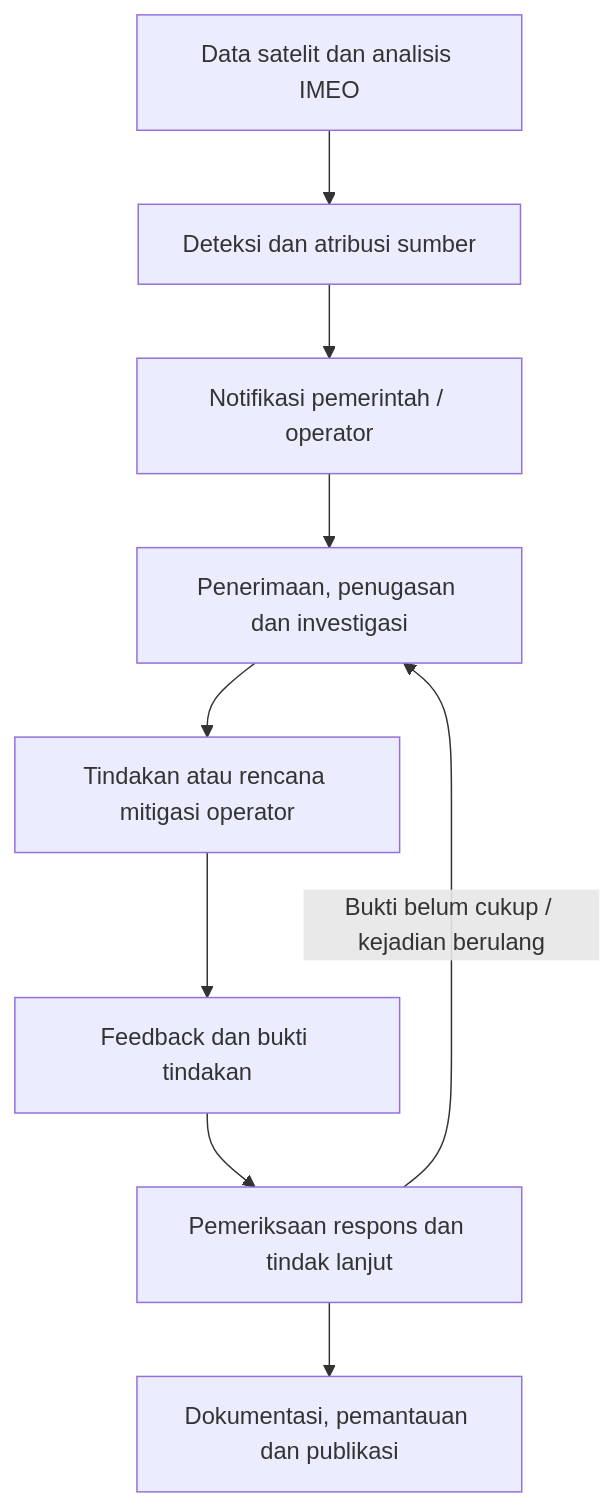
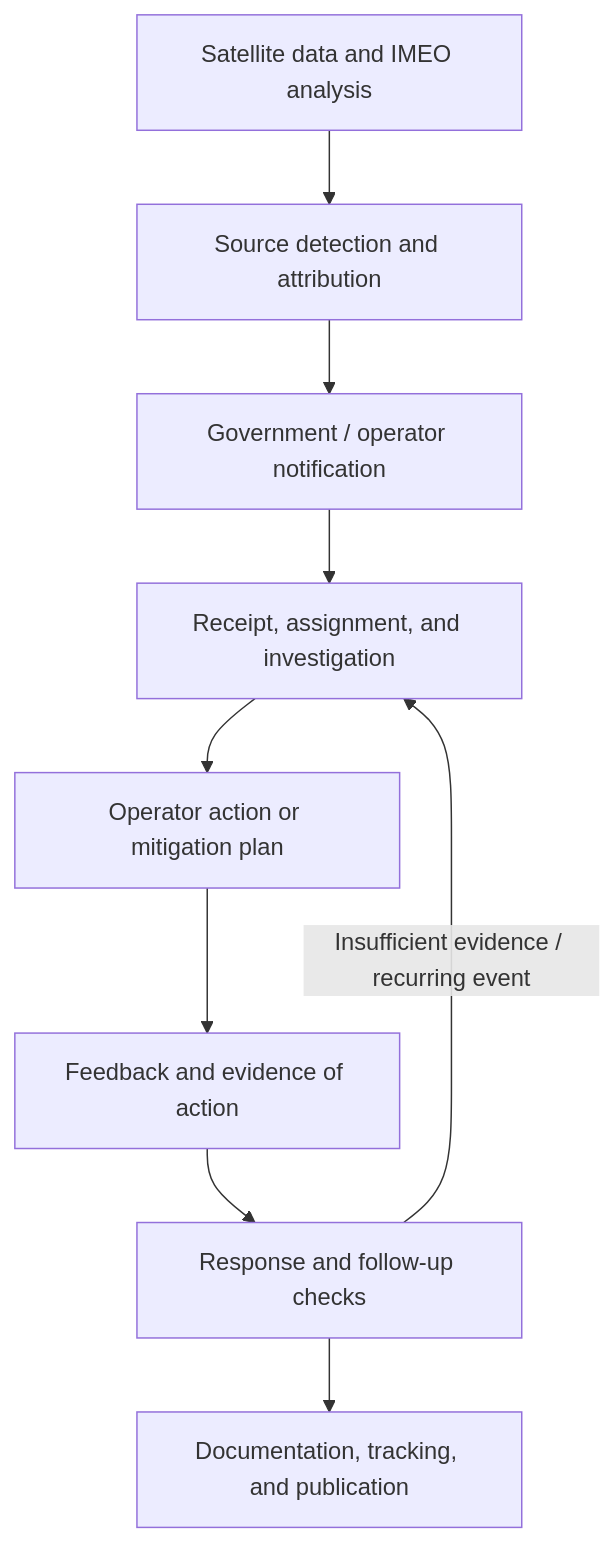
Before and after one commit to AndroLay/MethaneResponse: the diagram in docs/product/mars-response-workflow.md, drawn with Mermaid. The commit also changed other lines of this file and 127 other files, not shown here.

````diff
--- a/docs/product/mars-response-workflow.md
+++ b/docs/product/mars-response-workflow.md
@@ -20,11 +20,11 @@
 ```mermaid
 flowchart TD
-  A[Data satelit dan analisis IMEO] --> B[Deteksi dan atribusi sumber]
-  B --> C[Notifikasi pemerintah / operator]
-  C --> D[Penerimaan, penugasan dan investigasi]
-  D --> E[Tindakan atau rencana mitigasi operator]
-  E --> F[Feedback dan bukti tindakan]
-  F --> G[Pemeriksaan respons dan tindak lanjut]
-  G --> H[Dokumentasi, pemantauan dan publikasi]
-  G -->|Bukti belum cukup / kejadian berulang| D
+  A[Satellite data and IMEO analysis] --> B[Source detection and attribution]
+  B --> C[Government / operator notification]
+  C --> D[Receipt, assignment, and investigation]
+  D --> E[Operator action or mitigation plan]
+  E --> F[Feedback and evidence of action]
+  F --> G[Response and follow-up checks]
+  G --> H[Documentation, tracking, and publication]
+  G -->|Insufficient evidence / recurring event| D
 ```
````
